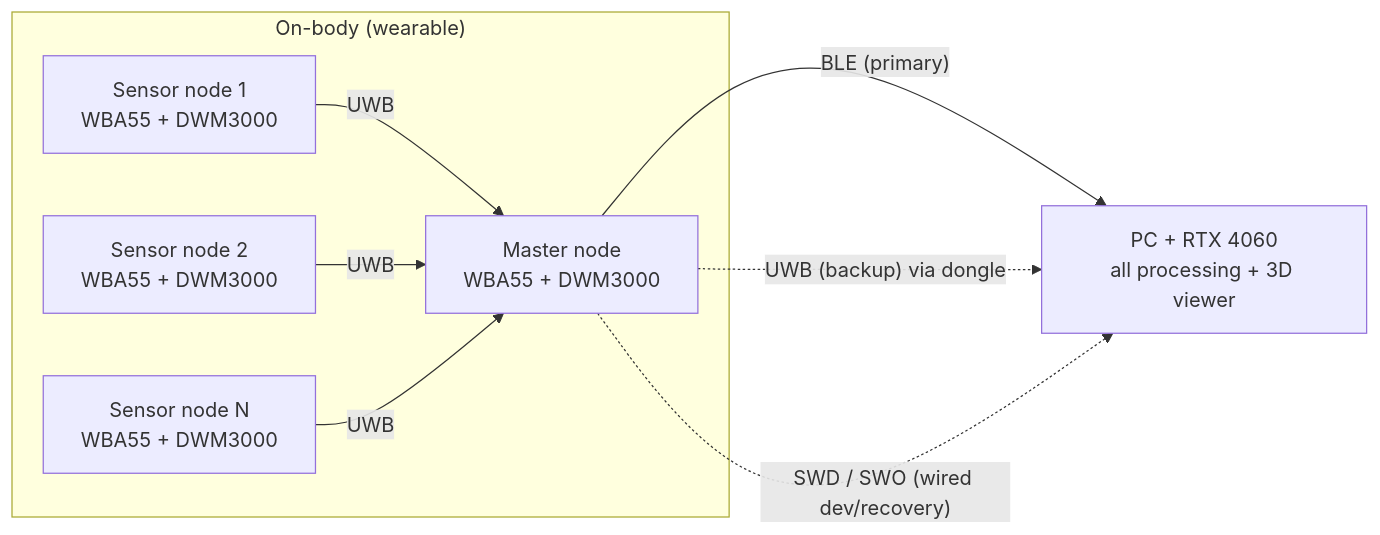
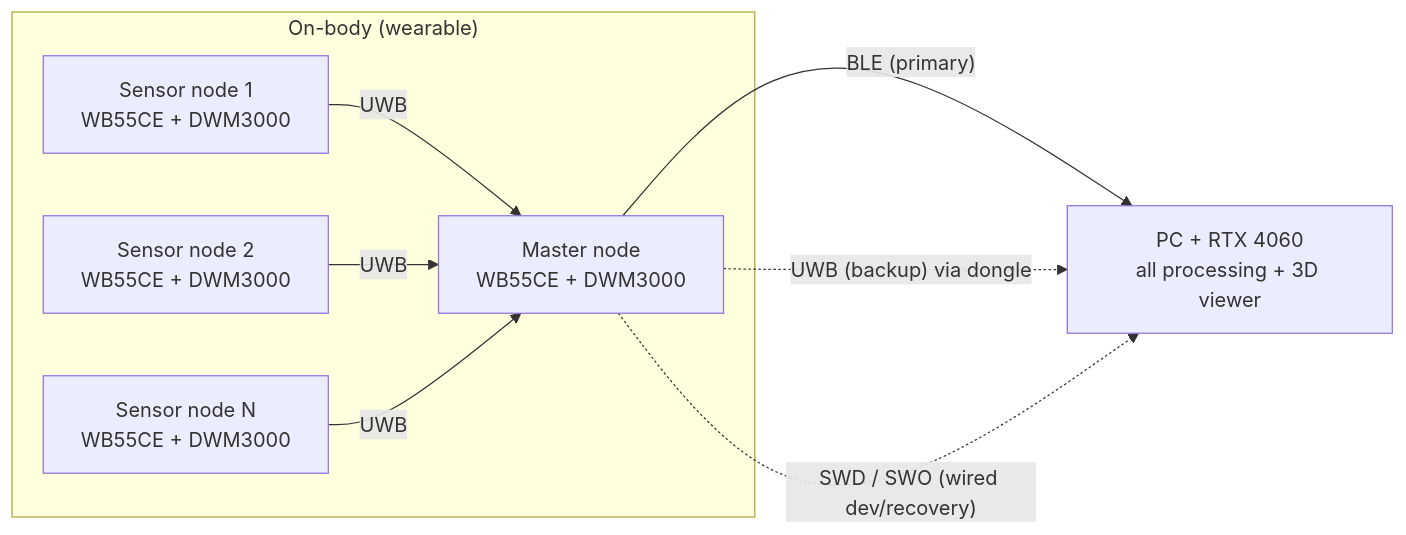
Before and after one commit to davispe1/wearable-imu: the first of 2 diagrams in README.md, drawn with Mermaid. The commit also changed other lines of this file and 10 other files, not shown here.

````diff
--- a/README.md
+++ b/README.md
@@ -52,15 +56,15 @@
 ```mermaid
 flowchart LR
     subgraph Body["On-body (wearable)"]
-        N1["Sensor node 1<br/>WBA55 + DWM3000"]
-        N2["Sensor node 2<br/>WBA55 + DWM3000"]
-        N3["Sensor node N<br/>WBA55 + DWM3000"]
-        M["Master node<br/>WBA55 + DWM3000"]
+        N1["Sensor node 1<br/>WB55CE + DWM3000"]
+        N2["Sensor node 2<br/>WB55CE + DWM3000"]
+        N3["Sensor node N<br/>WB55CE + DWM3000"]
+        M["Master node<br/>WB55CE + DWM3000"]
         N1 -- UWB --> M
         N2 -- UWB --> M
         N3 -- UWB --> M
     end
     M -- "BLE (primary)" --> PC["PC + RTX 4060<br/>all processing + 3D viewer"]
     M -. "UWB (backup) via dongle" .-> PC
     M -. "SWD / SWO (wired dev/recovery)" .-> PC
 ```
````
